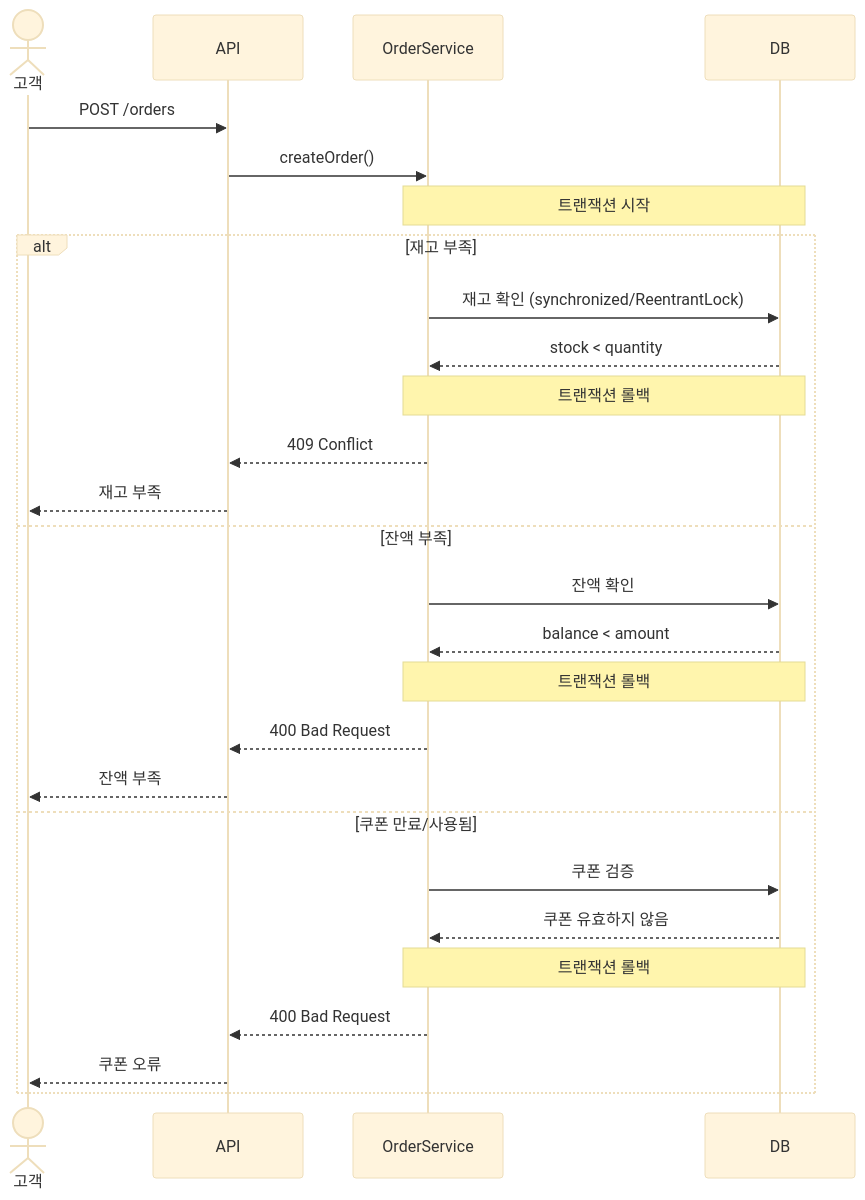
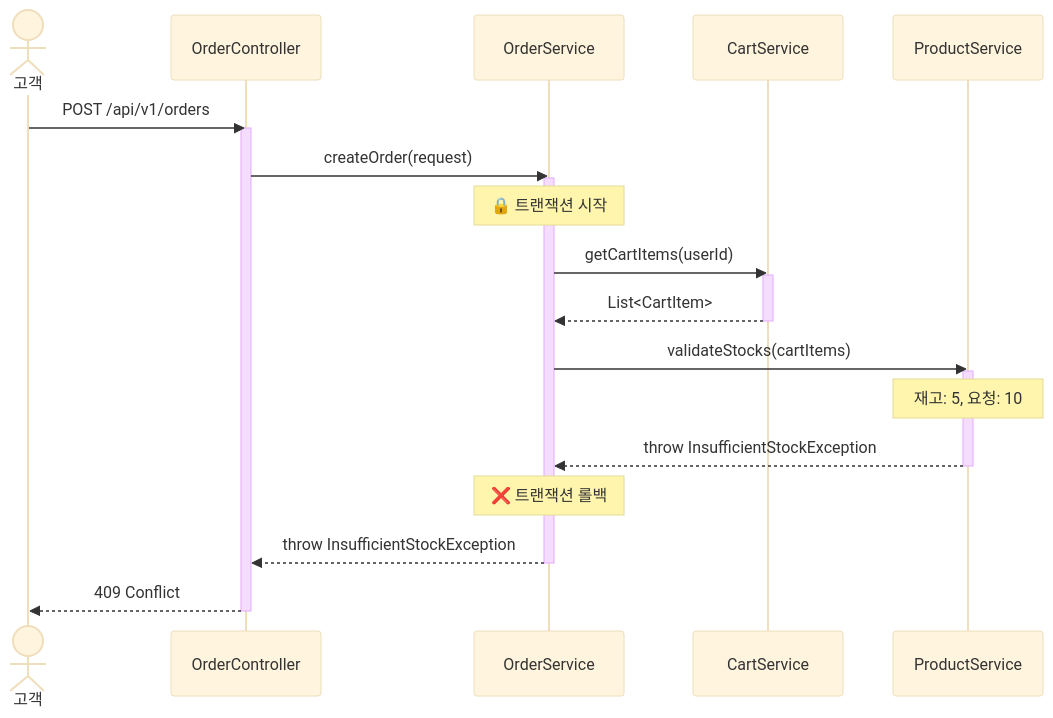
One commit to jaedeokhan/start-study changed the sixth of 8 diagrams in week2-api-design-management/api-swagger/docs/api/sequence-diagrams.md. Above: the diagram before and after it, drawn with Mermaid (base theme). The commit also changed other lines of this file, not shown here.

Commit message:
update: 주문 시퀀스 다이어그램 수정

````diff
--- a/week2-api-design-management/api-swagger/docs/api/sequence-diagrams.md
+++ b/week2-api-design-management/api-swagger/docs/api/sequence-diagrams.md
@@ -217,34 +303,35 @@
 ```mermaid
 sequenceDiagram
     actor 고객
-    participant API
+    participant Controller as OrderController
     participant OrderService
-    participant DB
+    participant CartService
+    participant ProductService
 
-    고객->>API: POST /orders
-    API->>OrderService: createOrder()
+    고객->>Controller: POST /api/v1/orders
+    activate Controller
 
-    Note over OrderService,DB: 트랜잭션 시작
+    Controller->>OrderService: createOrder(request)
+    activate OrderService
 
-    alt 재고 부족
-        OrderService->>DB: 재고 확인 (synchronized/ReentrantLock)
-        DB-->>OrderService: stock < quantity
-        Note over OrderService,DB: 트랜잭션 롤백
-        OrderService-->>API: 409 Conflict
-        API-->>고객: 재고 부족
+    Note over OrderService: 🔒 트랜잭션 시작
 
-    else 잔액 부족
-        OrderService->>DB: 잔액 확인
-        DB-->>OrderService: balance < amount
-        Note over OrderService,DB: 트랜잭션 롤백
-        OrderService-->>API: 400 Bad Request
-        API-->>고객: 잔액 부족
+    OrderService->>CartService: getCartItems(userId)
+    activate CartService
+    CartService-->>OrderService: List<CartItem>
+    deactivate CartService
 
-    else 쿠폰 만료/사용됨
-        OrderService->>DB: 쿠폰 검증
-        DB-->>OrderService: 쿠폰 유효하지 않음
-        Note over OrderService,DB: 트랜잭션 롤백
-        OrderService-->>API: 400 Bad Request
-        API-->>고객: 쿠폰 오류
-    end
+    OrderService->>ProductService: validateStocks(cartItems)
+    activate ProductService
+    Note over ProductService: 재고: 5, 요청: 10
+    ProductService-->>OrderService: throw InsufficientStockException
+    deactivate ProductService
+
+    Note over OrderService: ❌ 트랜잭션 롤백
+
+    OrderService-->>Controller: throw InsufficientStockException
+    deactivate OrderService
+
+    Controller-->>고객: 409 Conflict
+    deactivate Controller
 ```
````
